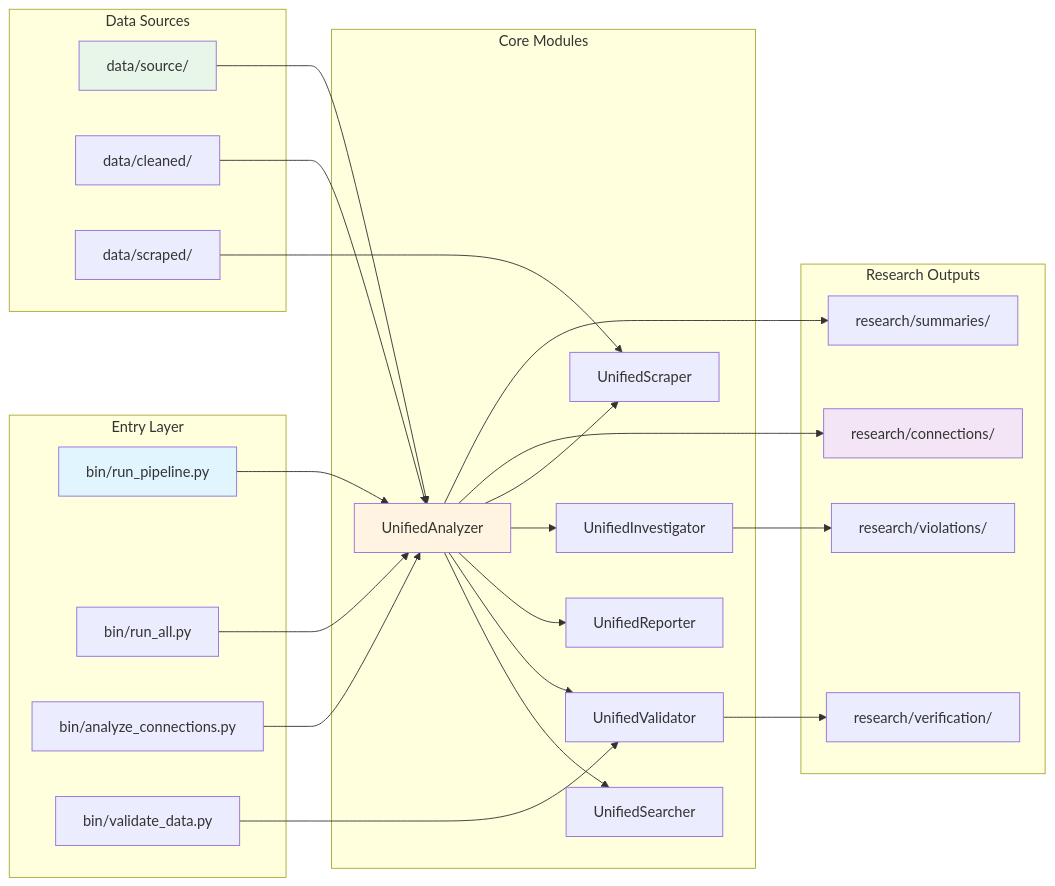
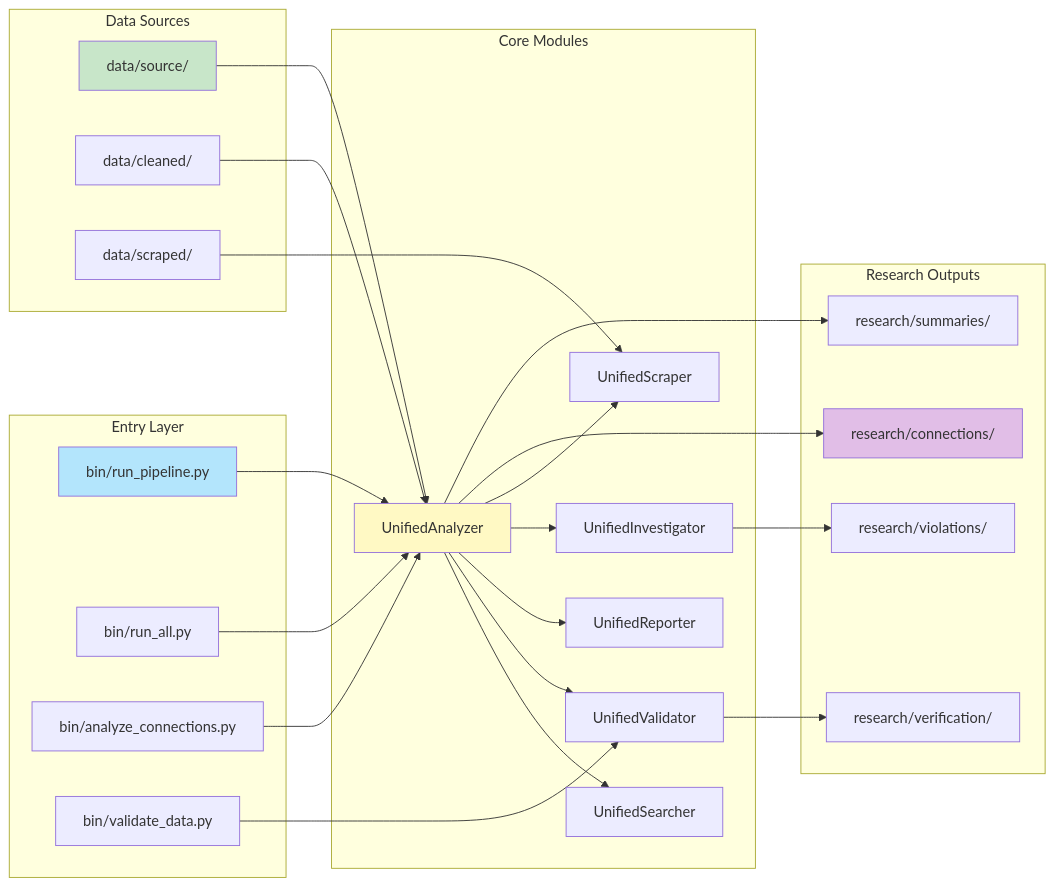
The third of 6 diagrams in docs/DIAGRAMS.md (1digitaldesign/kettler-data-analysis), drawn with Mermaid before and after one commit. The commit also changed other lines of this file and 16 other files, not shown here.

First line of the commit message:
Refactor all diagrams with pastel color scheme and add new diagrams

````diff
--- a/docs/DIAGRAMS.md
+++ b/docs/DIAGRAMS.md
@@ -99,56 +99,56 @@
 ```mermaid
 graph LR
     subgraph "Entry Layer"
         A[bin/run_pipeline.py]
         B[bin/run_all.py]
         C[bin/analyze_connections.py]
         D[bin/validate_data.py]
     end
 
     subgraph "Core Modules"
         E[UnifiedAnalyzer]
         F[UnifiedSearcher]
         G[UnifiedValidator]
         H[UnifiedReporter]
         I[UnifiedInvestigator]
         J[UnifiedScraper]
     end
 
     subgraph "Data Sources"
         K[data/source/]
         L[data/cleaned/]
         M[data/scraped/]
     end
 
     subgraph "Research Outputs"
         N[research/connections/]
         O[research/summaries/]
         P[research/verification/]
         Q[research/violations/]
     end
 
     A --> E
     B --> E
     C --> E
     D --> G
 
     E --> F
     E --> G
     E --> H
     E --> I
     E --> J
 
     K --> E
     L --> E
     M --> J
 
     E --> N
     E --> O
     G --> P
     I --> Q
 
-    style A fill:#e1f5ff
-    style E fill:#fff4e1
-    style K fill:#e8f5e9
-    style N fill:#f3e5f5
+    style A fill:#B3E5FC
+    style E fill:#FFF9C4
+    style K fill:#C8E6C9
+    style N fill:#E1BEE7
 ```
````
